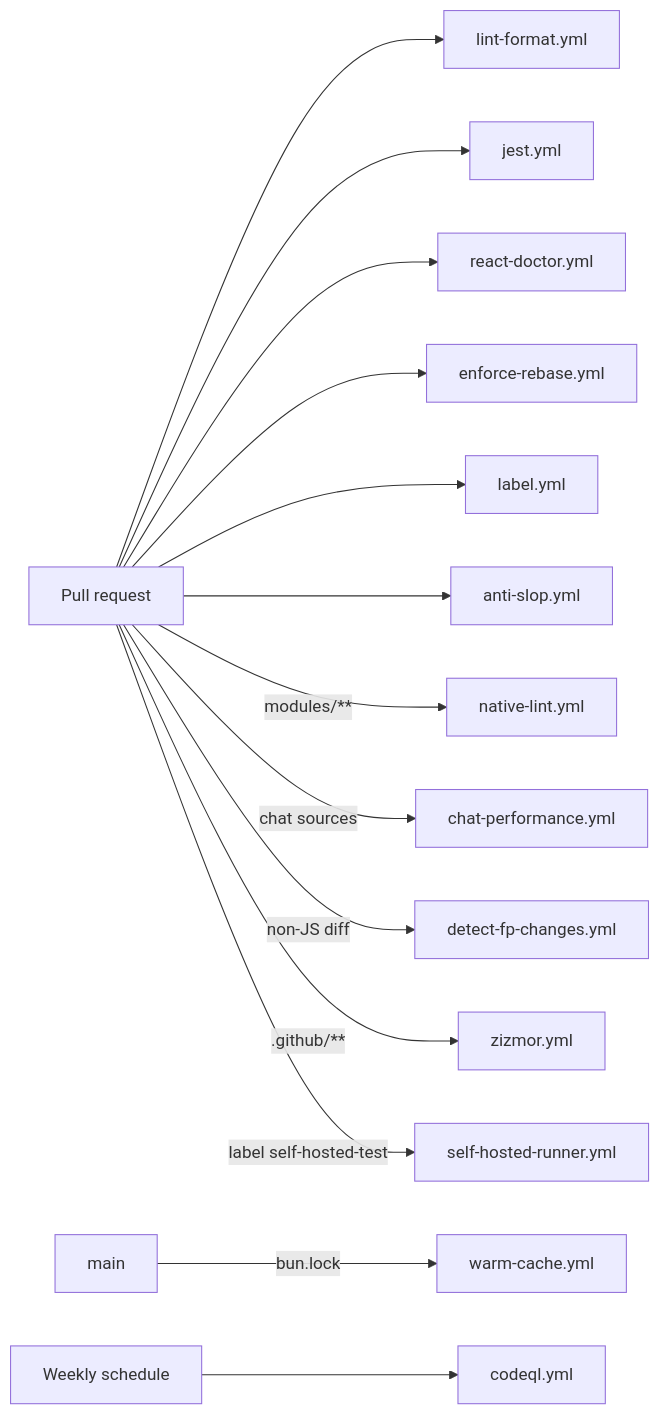
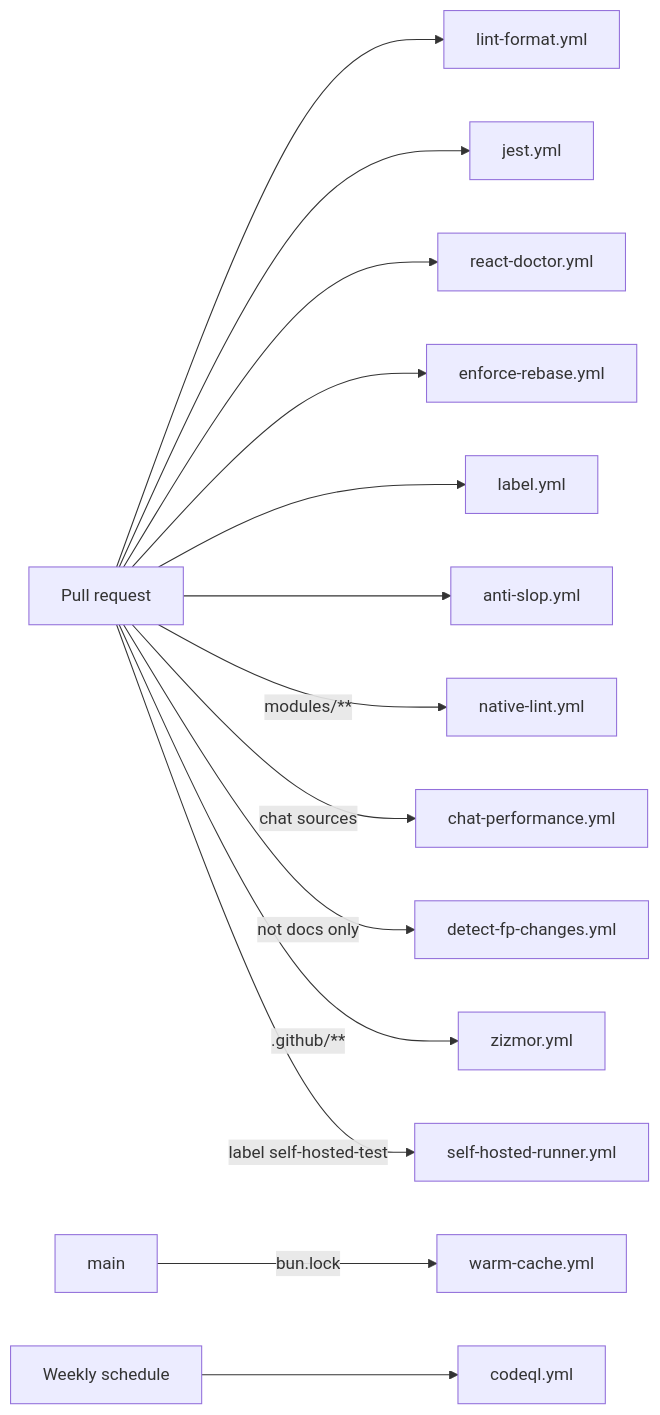
The first of 4 diagrams in README.md (luke-h1/foam), drawn with Mermaid before and after one commit. The commit also changed other lines of this file and 12 other files, not shown here.

````diff
--- a/README.md
+++ b/README.md
@@ -454,16 +454,16 @@
 ```mermaid
 flowchart LR
   PR[Pull request] --> Checks[lint-format.yml]
   PR --> Jest[jest.yml]
   PR --> Doctor[react-doctor.yml]
   PR --> Rebase[enforce-rebase.yml]
   PR --> Label[label.yml]
   PR --> Slop[anti-slop.yml]
   PR -->|modules/**| Native[native-lint.yml]
   PR -->|chat sources| Perf[chat-performance.yml]
-  PR -->|non-JS diff| FP[detect-fp-changes.yml]
+  PR -->|not docs only| FP[detect-fp-changes.yml]
   PR -->|.github/**| Zizmor[zizmor.yml]
   PR -->|label self-hosted-test| SH[self-hosted-runner.yml]
   Main[main] -->|bun.lock| Warm[warm-cache.yml]
   Schedule[Weekly schedule] --> CodeQL[codeql.yml]
 ```
````
